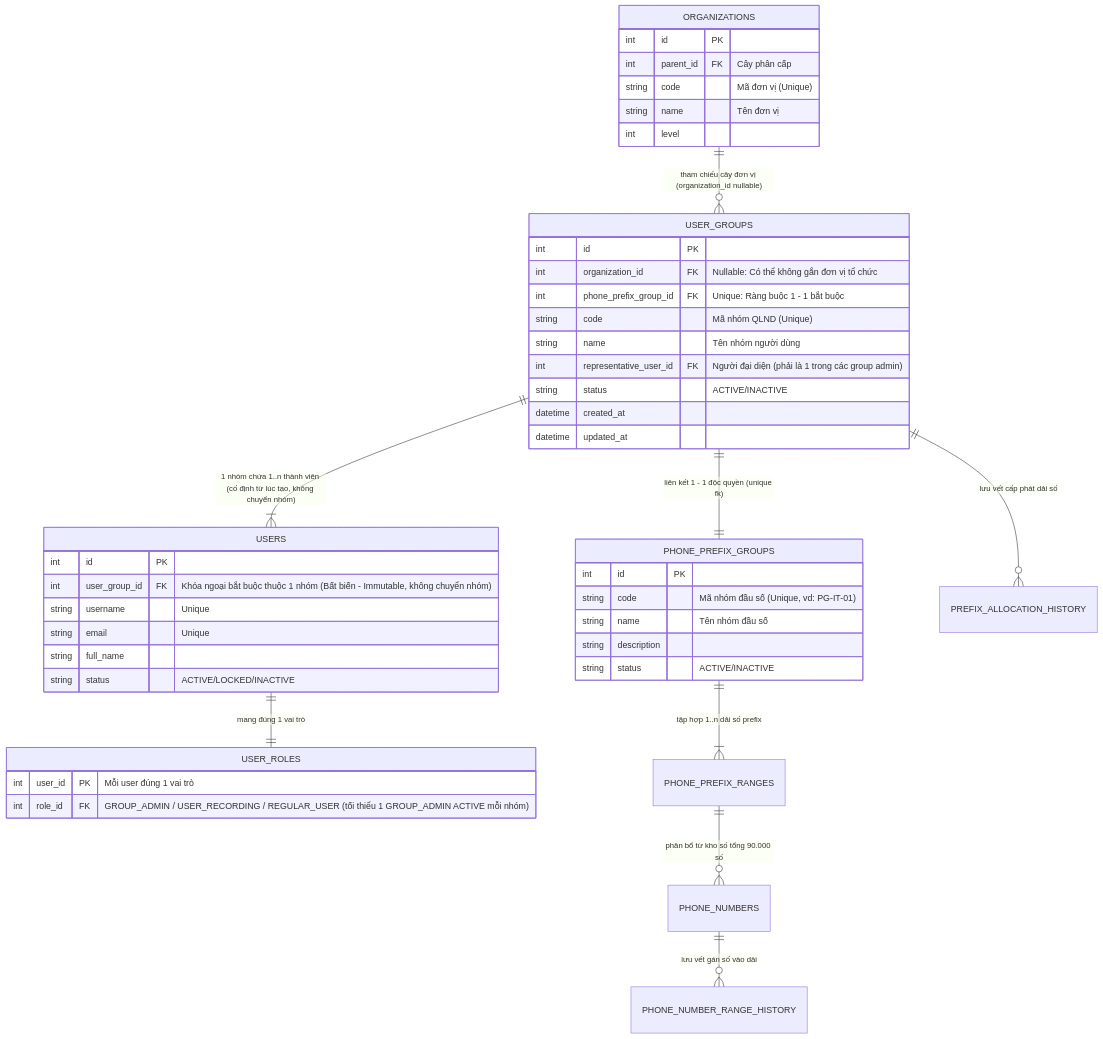
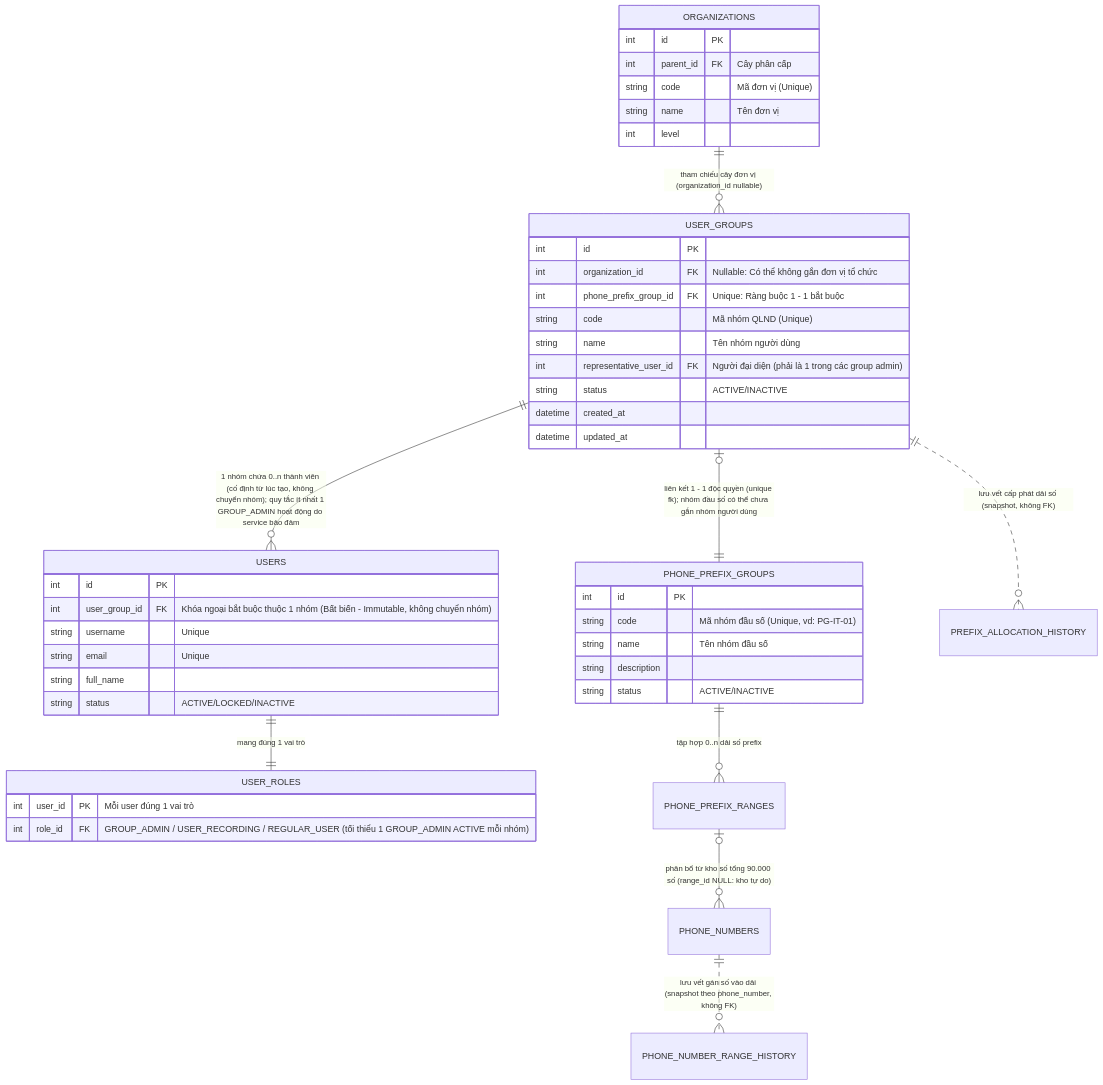
One commit to baobdevnit/evncdras changed the diagram in docs/modules/02_user_group.md. Above: the diagram before and after it, drawn with Mermaid. The commit also changed 12 other files, not shown here.

````diff
--- a/docs/modules/02_user_group.md
+++ b/docs/modules/02_user_group.md
@@ -52,53 +52,53 @@
 ```mermaid
 erDiagram
     ORGANIZATIONS ||--o{ USER_GROUPS : "tham chiếu cây đơn vị (organization_id nullable)"
-    USER_GROUPS ||--|| PHONE_PREFIX_GROUPS : "liên kết 1 - 1 độc quyền (unique fk)"
-    USER_GROUPS ||--|{ USERS : "1 nhóm chứa 1..n thành viên (cố định từ lúc tạo, không chuyển nhóm)"
+    USER_GROUPS |o--|| PHONE_PREFIX_GROUPS : "liên kết 1 - 1 độc quyền (unique fk); nhóm đầu số có thể chưa gắn nhóm người dùng"
+    USER_GROUPS ||--o{ USERS : "1 nhóm chứa 0..n thành viên (cố định từ lúc tạo, không chuyển nhóm); quy tắc ít nhất 1 GROUP_ADMIN hoạt động do service bảo đảm"
     USERS ||--|| USER_ROLES : "mang đúng 1 vai trò"
-    PHONE_PREFIX_GROUPS ||--|{ PHONE_PREFIX_RANGES : "tập hợp 1..n dải số prefix"
-    PHONE_PREFIX_RANGES ||--o{ PHONE_NUMBERS : "phân bổ từ kho số tổng 90.000 số"
-    USER_GROUPS ||--o{ PREFIX_ALLOCATION_HISTORY : "lưu vết cấp phát dải số"
-    PHONE_NUMBERS ||--o{ PHONE_NUMBER_RANGE_HISTORY : "lưu vết gán số vào dải"
+    PHONE_PREFIX_GROUPS ||--o{ PHONE_PREFIX_RANGES : "tập hợp 0..n dải số prefix"
+    PHONE_PREFIX_RANGES |o--o{ PHONE_NUMBERS : "phân bổ từ kho số tổng 90.000 số (range_id NULL: kho tự do)"
+    USER_GROUPS ||..o{ PREFIX_ALLOCATION_HISTORY : "lưu vết cấp phát dải số (snapshot, không FK)"
+    PHONE_NUMBERS ||..o{ PHONE_NUMBER_RANGE_HISTORY : "lưu vết gán số vào dải (snapshot theo phone_number, không FK)"
 
     USER_GROUPS {
         int id PK
         int organization_id FK "Nullable: Có thể không gắn đơn vị tổ chức"
         int phone_prefix_group_id FK "Unique: Ràng buộc 1 - 1 bắt buộc"
         string code "Mã nhóm QLND (Unique)"
         string name "Tên nhóm người dùng"
         int representative_user_id FK "Người đại diện (phải là 1 trong các group admin)"
         string status "ACTIVE/INACTIVE"
         datetime created_at
         datetime updated_at
     }
 
     USERS {
         int id PK
         int user_group_id FK "Khóa ngoại bắt buộc thuộc 1 nhóm (Bất biến - Immutable, không chuyển nhóm)"
         string username "Unique"
         string email "Unique"
         string full_name
         string status "ACTIVE/LOCKED/INACTIVE"
     }
 
     USER_ROLES {
         int user_id PK "Mỗi user đúng 1 vai trò"
         int role_id FK "GROUP_ADMIN / USER_RECORDING / REGULAR_USER (tối thiểu 1 GROUP_ADMIN ACTIVE mỗi nhóm)"
     }
 
     PHONE_PREFIX_GROUPS {
         int id PK
         string code "Mã nhóm đầu số (Unique, vd: PG-IT-01)"
         string name "Tên nhóm đầu số"
         string description
         string status "ACTIVE/INACTIVE"
     }
 
     ORGANIZATIONS {
         int id PK
         int parent_id FK "Cây phân cấp"
         string code "Mã đơn vị (Unique)"
         string name "Tên đơn vị"
         int level
     }
 ```
````
